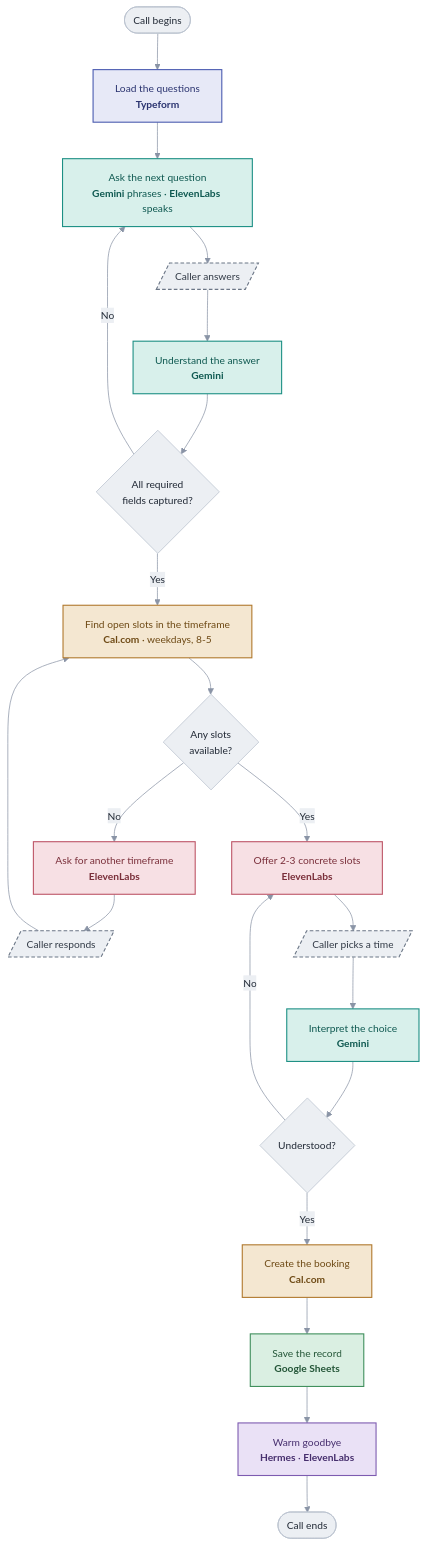
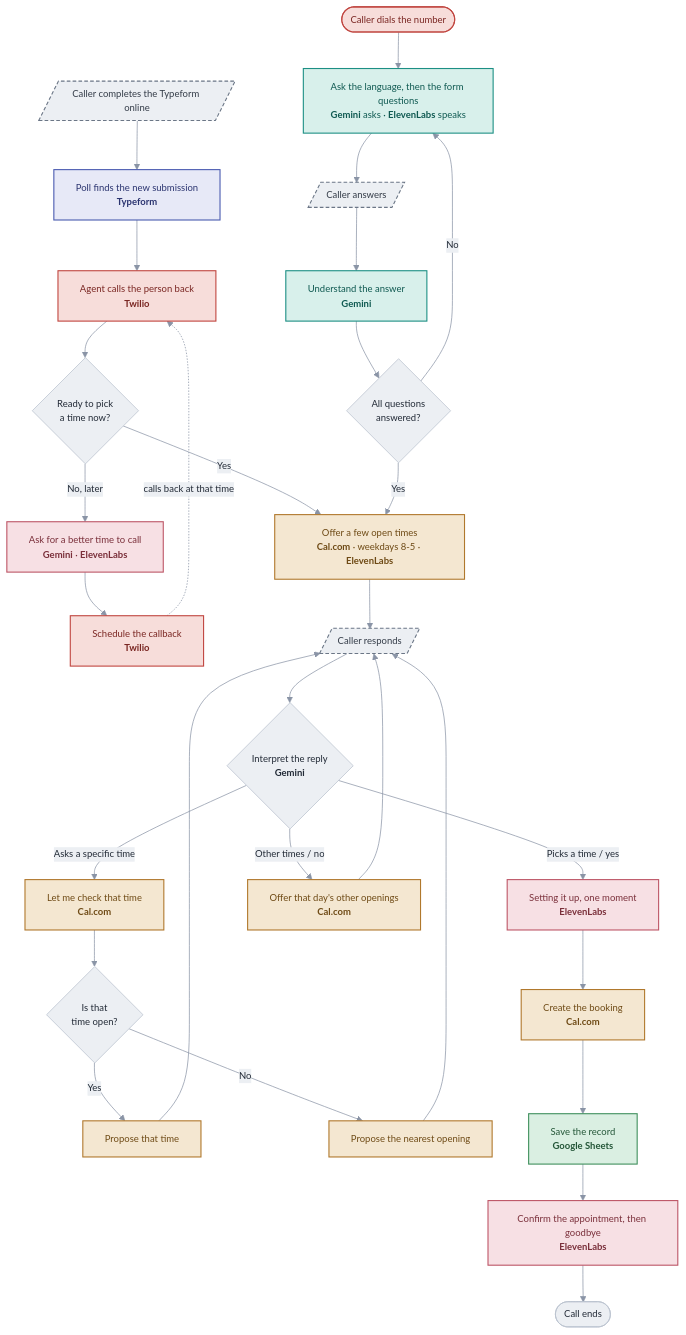
One commit to tecace-soft/voice-agent changed the diagram in docs/flowchart.mmd. Above: the diagram before and after it, drawn with Mermaid. The commit also changed 11 other files, not shown here.

Commit message:
Migrated from typeform to google form

```diff
--- a/docs/flowchart.mmd
+++ b/docs/flowchart.mmd
@@ -1,30 +1,45 @@
-%%{init: {'theme':'base','themeVariables':{'fontFamily':'ui-sans-serif, system-ui, sans-serif','fontSize':'14px','lineColor':'#8a94a6','primaryColor':'#eceff3','primaryTextColor':'#222a36','primaryBorderColor':'#b9c2ce','edgeLabelBackground':'#eceff3'}}}%%
+%%{init: {'theme':'base','themeVariables':{'fontFamily':'ui-sans-serif, system-ui, sans-serif','fontSize':'13px','lineColor':'#8a94a6','primaryColor':'#eceff3','primaryTextColor':'#222a36','primaryBorderColor':'#b9c2ce','edgeLabelBackground':'#eceff3'}}}%%
 flowchart TD
-    Start(["Call begins"]) --> Load["Load the questions<br/><b>Typeform</b>"]:::typeform
-    Load --> Ask["Ask the next question<br/><b>Gemini</b> phrases &middot; <b>ElevenLabs</b> speaks"]:::gemini
-    Ask --> Listen[/Caller answers/]:::caller
-    Listen --> Extract["Understand the answer<br/><b>Gemini</b>"]:::gemini
-    Extract --> Q1{"All required<br/>fields captured?"}
-    Q1 -->|No| Ask
-    Q1 -->|Yes| Slots["Find open slots in the timeframe<br/><b>Cal.com</b> &middot; weekdays, 8-5"]:::cal
-    Slots --> Q2{"Any slots<br/>available?"}
-    Q2 -->|No| Reframe["Ask for another timeframe<br/><b>ElevenLabs</b>"]:::voice
-    Reframe --> ReListen[/Caller responds/]:::caller
-    ReListen --> Slots
-    Q2 -->|Yes| Offer["Offer 2-3 concrete slots<br/><b>ElevenLabs</b>"]:::voice
-    Offer --> Pick[/Caller picks a time/]:::caller
-    Pick --> Interpret["Interpret the choice<br/><b>Gemini</b>"]:::gemini
-    Interpret --> Q3{"Understood?"}
-    Q3 -->|No| Offer
-    Q3 -->|Yes| Book["Create the booking<br/><b>Cal.com</b>"]:::cal
+    %% ---- entry 1: outbound, triggered by a form submission ----
+    Form[/"Caller completes the Typeform online"/]:::caller --> Poll["Poll finds the new submission<br/><b>Typeform</b>"]:::typeform
+    Poll --> Call["Agent calls the person back<br/><b>Twilio</b>"]:::twilio
+    Call --> Ready{"Ready to pick<br/>a time now?"}
+    Ready -->|No, later| CB["Ask for a better time to call<br/><b>Gemini</b> · <b>ElevenLabs</b>"]:::voice
+    CB --> Queue["Schedule the callback<br/><b>Twilio</b>"]:::twilio
+    Queue -. calls back at that time .-> Call
+    Ready -->|Yes| Offer
+
+    %% ---- entry 2: inbound, caller dials in ----
+    Dial(["Caller dials the number"]):::twilio --> Ask["Ask the language, then the form questions<br/><b>Gemini</b> asks · <b>ElevenLabs</b> speaks"]:::gemini
+    Ask --> Say[/"Caller answers"/]:::caller
+    Say --> Understand["Understand the answer<br/><b>Gemini</b>"]:::gemini
+    Understand --> Done{"All questions<br/>answered?"}
+    Done -->|No| Ask
+    Done -->|Yes| Offer
+
+    %% ---- scheduling: offer, then interpret the reply ----
+    Offer["Offer a few open times<br/><b>Cal.com</b> · weekdays 8-5 · <b>ElevenLabs</b>"]:::cal --> Resp[/"Caller responds"/]:::caller
+    Resp --> Intent{"Interpret the reply<br/><b>Gemini</b>"}
+    Intent -->|Picks a time / yes| Ack
+    Intent -->|Asks a specific time| Check["Let me check that time<br/><b>Cal.com</b>"]:::cal
+    Intent -->|Other times / no| Others["Offer that day's other openings<br/><b>Cal.com</b>"]:::cal
+    Others --> Resp
+    Check --> Free{"Is that<br/>time open?"}
+    Free -->|Yes| Prop["Propose that time"]:::cal
+    Free -->|No| Near["Propose the nearest opening"]:::cal
+    Prop --> Resp
+    Near --> Resp
+
+    %% ---- booking: acknowledge, then do the slow work, then confirm ----
+    Ack["Setting it up, one moment<br/><b>ElevenLabs</b>"]:::voice --> Book["Create the booking<br/><b>Cal.com</b>"]:::cal
     Book --> Save["Save the record<br/><b>Google Sheets</b>"]:::sheets
-    Save --> Bye["Warm goodbye<br/><b>Hermes</b> &middot; <b>ElevenLabs</b>"]:::hermes
-    Bye --> End(["Call ends"])
+    Save --> Confirm["Confirm the appointment, then goodbye<br/><b>ElevenLabs</b>"]:::voice
+    Confirm --> End(["Call ends"])
 
     classDef typeform fill:#e7e9f7,stroke:#4a5bb0,color:#2b3470,stroke-width:1.5px;
     classDef gemini fill:#d8f0eb,stroke:#1c8f84,color:#0f5951,stroke-width:1.5px;
     classDef voice fill:#f7e0e4,stroke:#bd5566,color:#7a2f3a,stroke-width:1.5px;
     classDef cal fill:#f4e7d1,stroke:#b0782c,color:#6e4a15,stroke-width:1.5px;
     classDef sheets fill:#daefe2,stroke:#3f8f5c,color:#245638,stroke-width:1.5px;
-    classDef hermes fill:#eae1f6,stroke:#7d5bb0,color:#472f6e,stroke-width:1.5px;
+    classDef twilio fill:#f7ddda,stroke:#c0453f,color:#7a2622,stroke-width:1.5px;
     classDef caller fill:#eceff3,stroke:#6b7686,color:#333b47,stroke-width:1.5px,stroke-dasharray:5 3;
```
